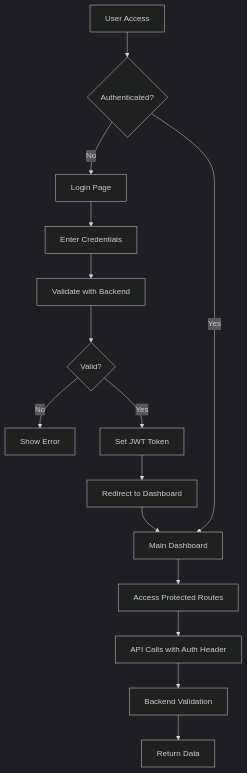
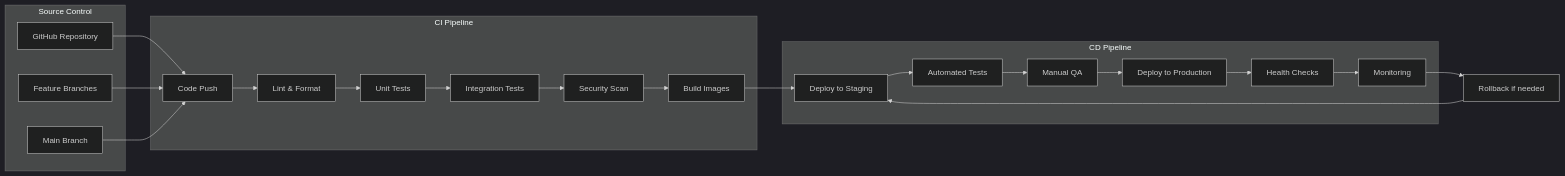
The eighth of 8 diagrams in README.md (vvinayakkk/Level_Up), drawn with Mermaid (dark theme) before and after one commit. The commit also changed other lines of this file, not shown here.

````diff
--- a/README.md
+++ b/README.md
@@ -411,20 +556,46 @@
 ```mermaid
-graph TD
-    A[User Access] --> B{Authenticated?}
-    B -->|No| C[Login Page]
-    B -->|Yes| D[Main Dashboard]
+graph LR
+    subgraph "Source Control"
+        A[GitHub Repository]
+        B[Feature Branches]
+        C[Main Branch]
+    end
     
-    C --> E[Enter Credentials]
-    E --> F[Validate with Backend]
-    F --> G{Valid?}
-    G -->|No| H[Show Error]
-    G -->|Yes| I[Set JWT Token]
+    subgraph "CI Pipeline"
+        D[Code Push]
+        E[Lint & Format]
+        F[Unit Tests]
+        G[Integration Tests]
+        H[Security Scan]
+        I[Build Images]
+    end
     
-    I --> J[Redirect to Dashboard]
-    J --> D
+    subgraph "CD Pipeline"
+        J[Deploy to Staging]
+        K[Automated Tests]
+        L[Manual QA]
+        M[Deploy to Production]
+        N[Health Checks]
+        O[Monitoring]
+    end
     
-    D --> K[Access Protected Routes]
-    K --> L[API Calls with Auth Header]
-    L --> M[Backend Validation]
-    M --> N[Return Data]
+    A --> D
+    B --> D
+    C --> D
+    
+    D --> E
+    E --> F
+    F --> G
+    G --> H
+    H --> I
+    
+    I --> J
+    J --> K
+    K --> L
+    L --> M
+    M --> N
+    N --> O
+    
+    O --> P[Rollback if needed]
+    P --> J
 ```
````
